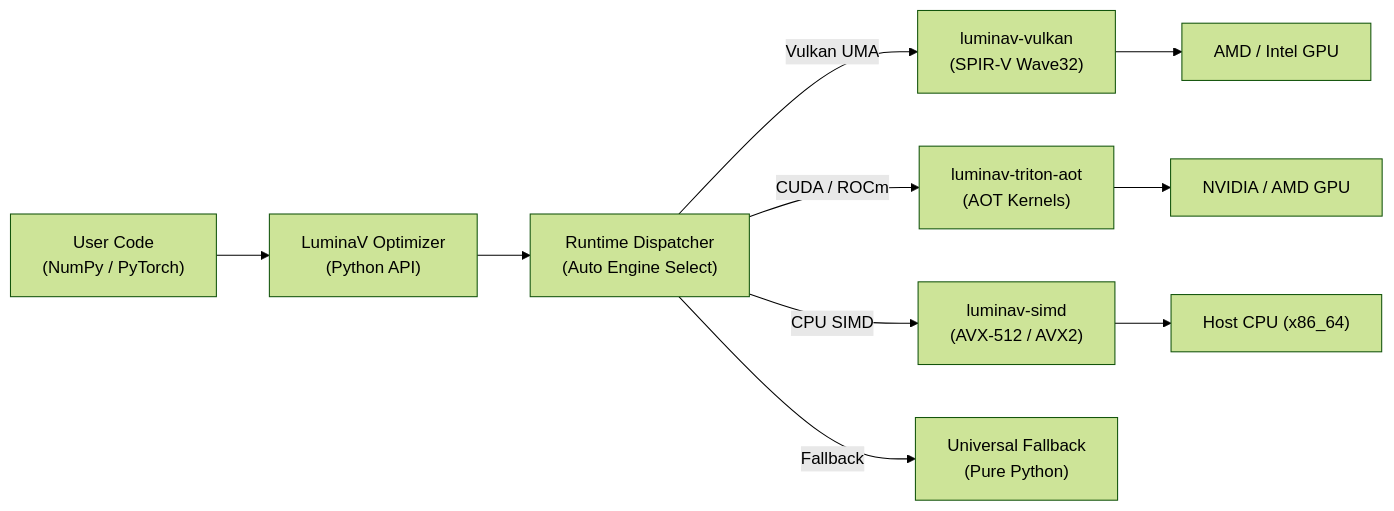
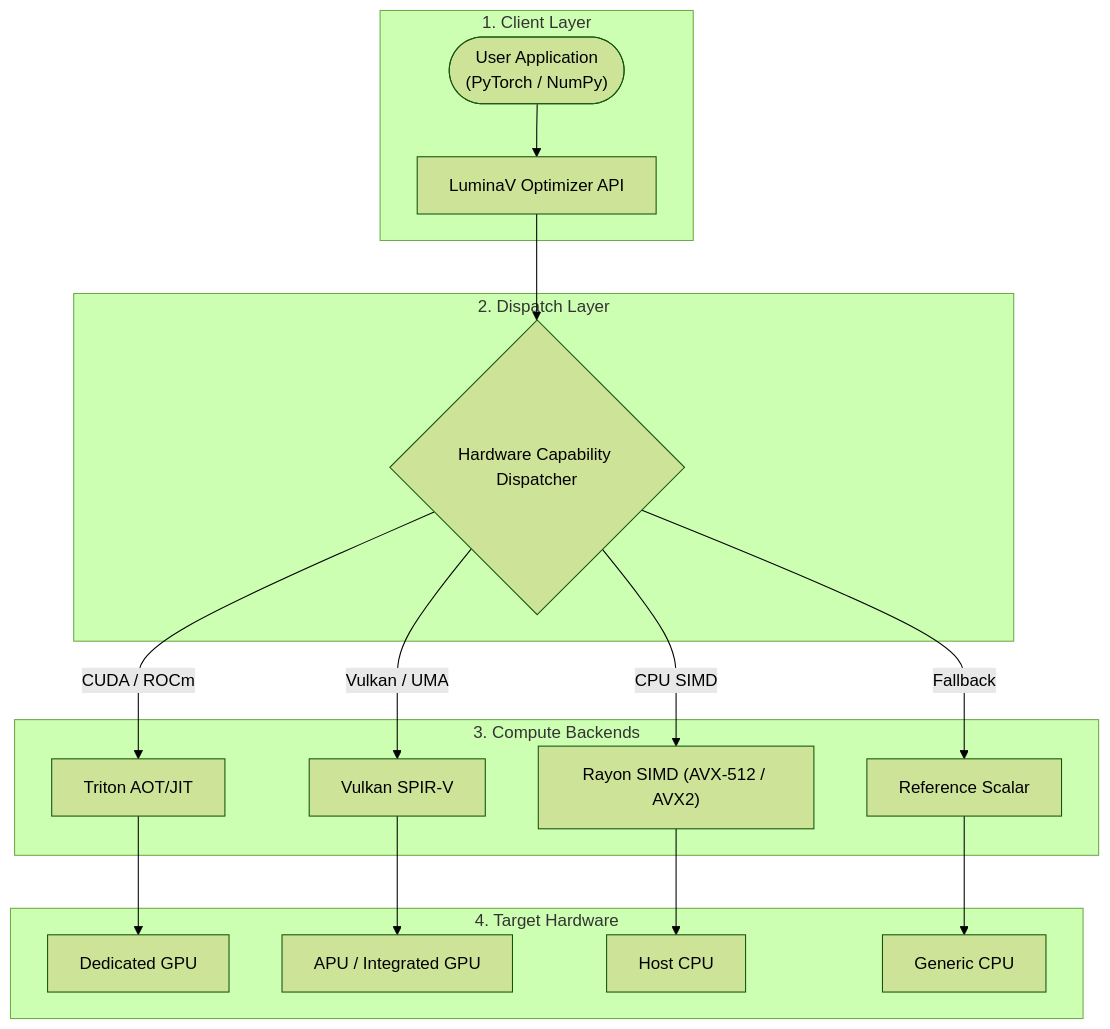
The diagram in optimizer/README.md (cloverx-id/luminamoon), drawn with Mermaid (forest theme) before and after one commit. The commit also changed 33 other files, not shown here.

Commit message:
change diagram style

````diff
--- a/optimizer/README.md
+++ b/optimizer/README.md
@@ -25,14 +25,24 @@
 ```mermaid
-flowchart LR
-    User["User Code\n(NumPy / PyTorch)"] --> LuminaV["LuminaV Optimizer\n(Python API)"]
-    LuminaV --> Dispatcher["Runtime Dispatcher\n(Auto Engine Select)"]
+flowchart TD
+    subgraph Client["1. Client Layer"]
+        App(["User Application\n(PyTorch / NumPy)"]) --> API["LuminaV Optimizer API"]
+    end
 
-    Dispatcher -->|"Vulkan UMA"| Vulkan["luminav-vulkan\n(SPIR-V Wave32)"]
-    Dispatcher -->|"CUDA / ROCm"| Triton["luminav-triton-aot\n(AOT Kernels)"]
-    Dispatcher -->|"CPU SIMD"| Simd["luminav-simd\n(AVX-512 / AVX2)"]
-    Dispatcher -->|"Fallback"| Fallback["Universal Fallback\n(Pure Python)"]
+    subgraph Routing["2. Dispatch Layer"]
+        API --> Dispatcher{"Hardware Capability Dispatcher"}
+    end
 
-    Vulkan --> DevGPU1["AMD / Intel GPU"]
-    Triton --> DevGPU2["NVIDIA / AMD GPU"]
-    Simd --> DevCPU["Host CPU (x86_64)"]
+    subgraph Backends["3. Compute Backends"]
+        Dispatcher -->|"CUDA / ROCm"| Triton["Triton AOT/JIT"]
+        Dispatcher -->|"Vulkan / UMA"| Vulkan["Vulkan SPIR-V"]
+        Dispatcher -->|"CPU SIMD"| SIMD["Rayon SIMD (AVX-512 / AVX2)"]
+        Dispatcher -->|"Fallback"| Scalar["Reference Scalar"]
+    end
+
+    subgraph Devices["4. Target Hardware"]
+        Triton --> DevGPU["Dedicated GPU"]
+        Vulkan --> DevUMA["APU / Integrated GPU"]
+        SIMD --> DevCPU["Host CPU"]
+        Scalar --> DevGeneric["Generic CPU"]
+    end
 ```
````
